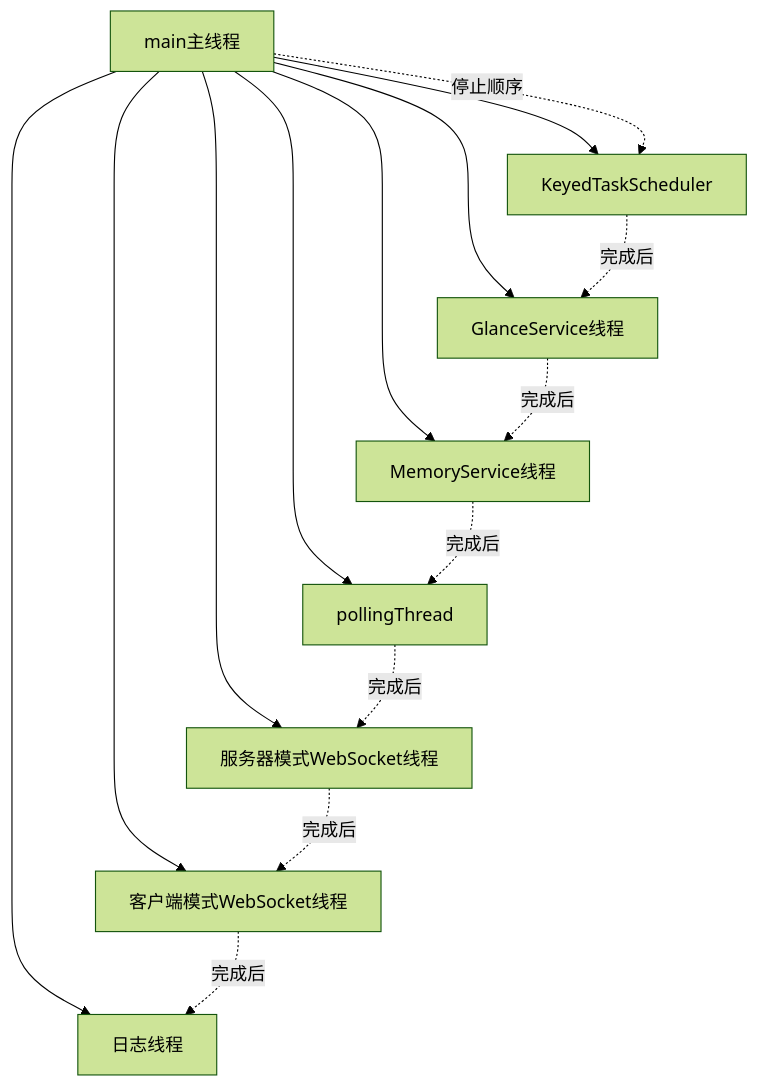
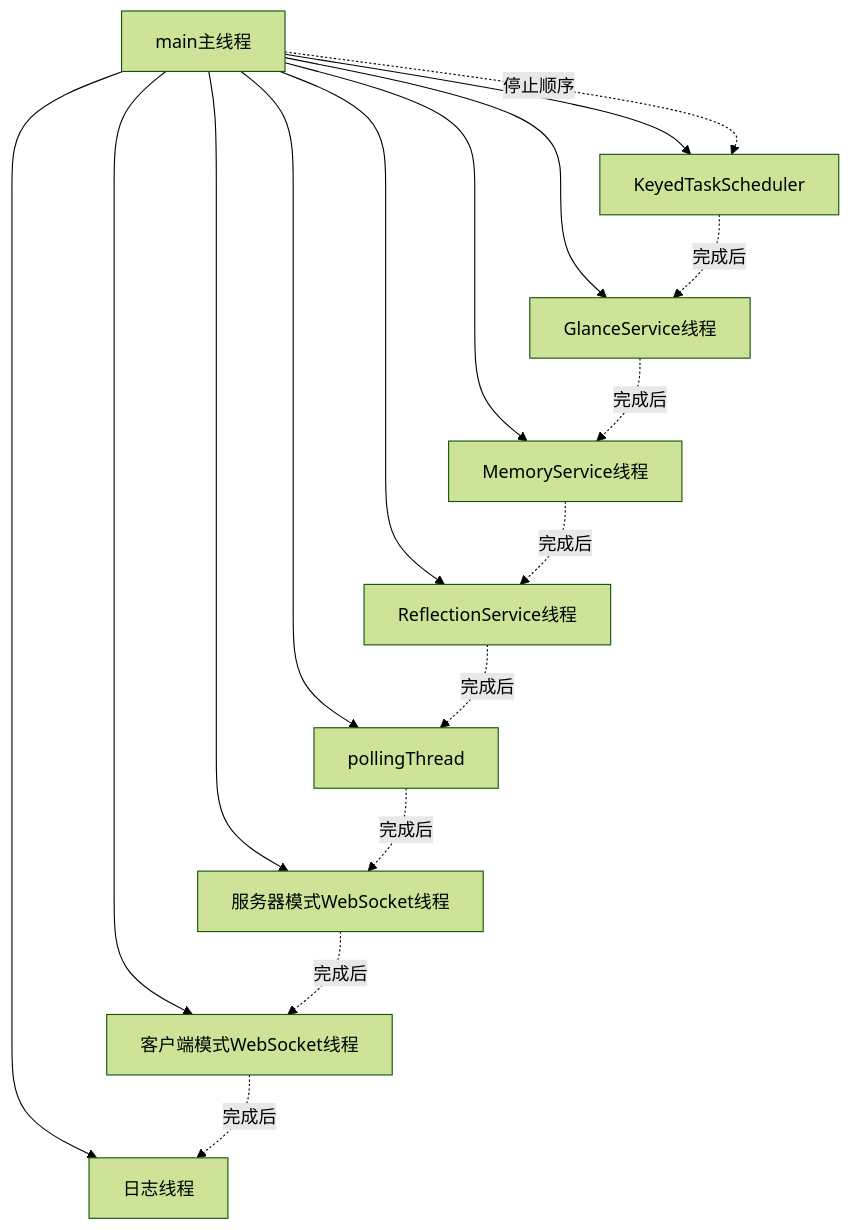
The fourth of 6 diagrams in docs/technical-design.md (Aimang2002/KleinBot), drawn with Mermaid (forest theme) before and after one commit. The commit also changed other lines of this file and 11 other files, not shown here.

````diff
--- a/docs/technical-design.md
+++ b/docs/technical-design.md
@@ -217,26 +219,29 @@
 ```mermaid
 flowchart TD
     MAIN[main主线程]
     POOL[KeyedTaskScheduler]
     MEMORY[MemoryService线程]
     GLANCE[GlanceService线程]
+    REFLECT[ReflectionService线程]
     TIMER[pollingThread]
     FORWARD[服务器模式WebSocket线程]
     REVERSE[客户端模式WebSocket线程]
     LOG[日志线程]
 
     MAIN --> POOL
     MAIN --> MEMORY
     MAIN --> GLANCE
+    MAIN --> REFLECT
     MAIN --> TIMER
     MAIN --> FORWARD
     MAIN --> REVERSE
     MAIN --> LOG
     MAIN -.停止顺序.-> POOL
     POOL -.完成后.-> GLANCE
     GLANCE -.完成后.-> MEMORY
-    MEMORY -.完成后.-> TIMER
+    MEMORY -.完成后.-> REFLECT
+    REFLECT -.完成后.-> TIMER
     TIMER -.完成后.-> FORWARD
     FORWARD -.完成后.-> REVERSE
     REVERSE -.完成后.-> LOG
 ```
````
